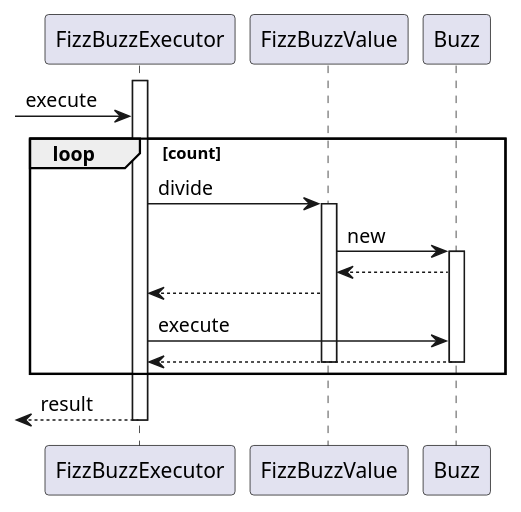
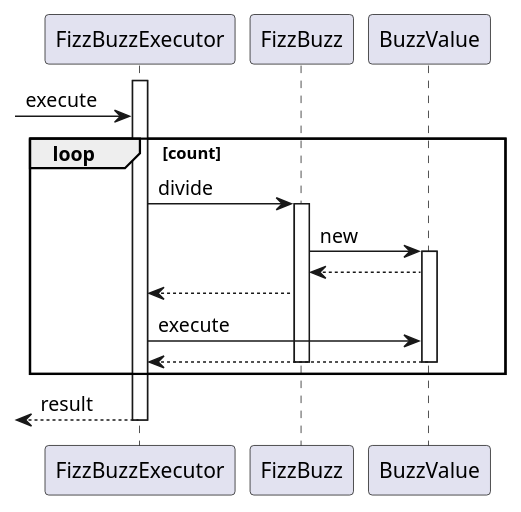
The third of 5 diagrams in docs/dev/_fizz_buzz.md (k2works/etude_for_ruby), drawn with PlantUML before and after one commit. The commit also changed other lines of this file and 8 other files, not shown here.

````diff
--- a/docs/dev/_fizz_buzz.md
+++ b/docs/dev/_fizz_buzz.md
@@ -87,20 +87,20 @@
 ```puml
 @startuml
 activate FizzBuzzExecutor
 -> FizzBuzzExecutor :execute
 loop count
-  FizzBuzzExecutor -> FizzBuzzValue :divide
-  activate FizzBuzzValue
-    FizzBuzzValue -> Buzz :new  
-    activate Buzz
-      Buzz --> FizzBuzzValue
-      FizzBuzzExecutor <-- FizzBuzzValue
-      FizzBuzzExecutor -> Buzz :execute
-      Buzz --> FizzBuzzExecutor
-    deactivate Buzz
-  deactivate FizzBuzzValue
+  FizzBuzzExecutor -> FizzBuzz :divide
+  activate FizzBuzz
+    FizzBuzz -> BuzzValue :new  
+    activate BuzzValue
+      BuzzValue --> FizzBuzz
+      FizzBuzzExecutor <-- FizzBuzz
+      FizzBuzzExecutor -> BuzzValue :execute
+      BuzzValue --> FizzBuzzExecutor
+    deactivate BuzzValue
+  deactivate FizzBuzz
 end
 <-- FizzBuzzExecutor :result
 deactivate FizzBuzzExecutor
 @enduml
 ```
````
